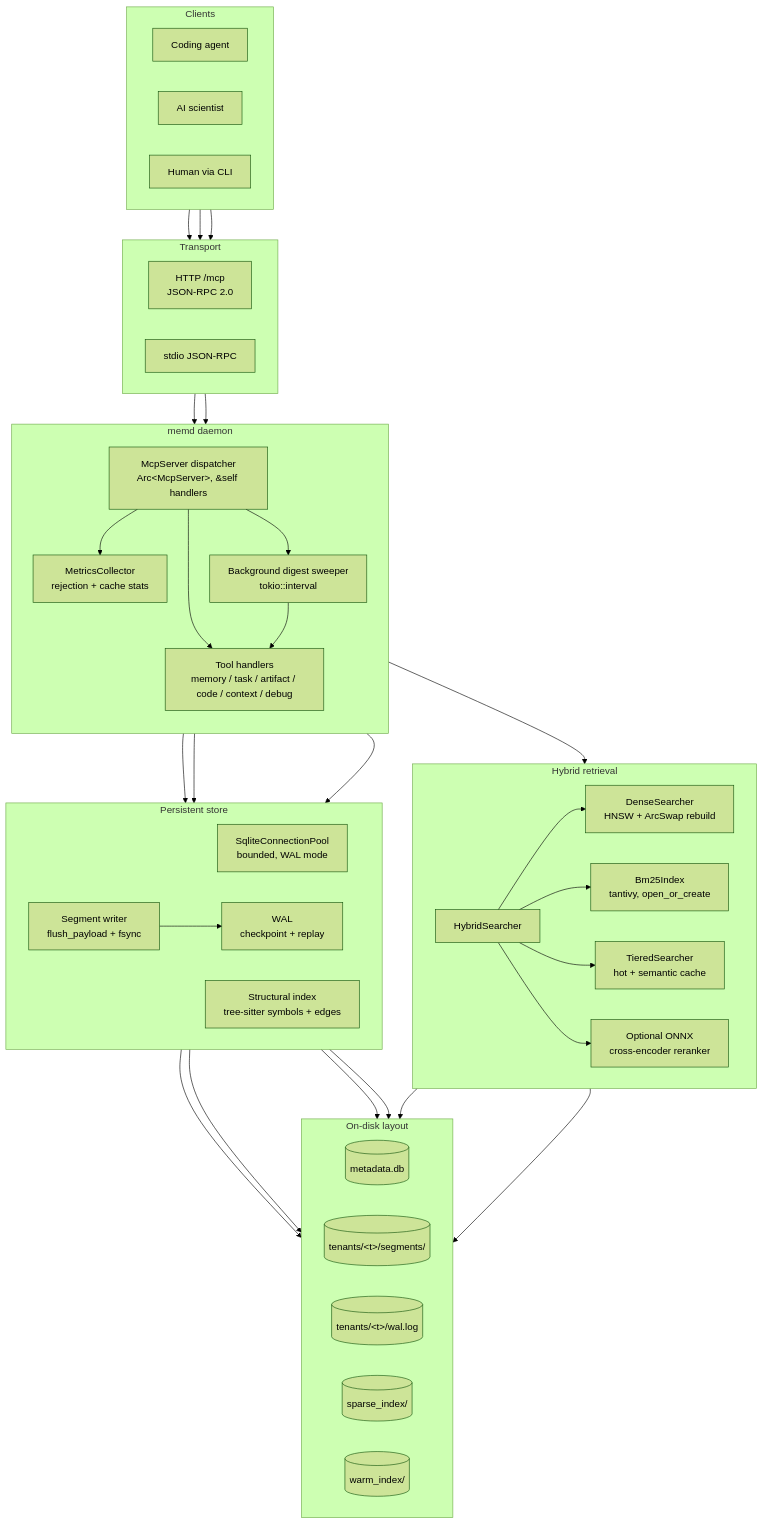
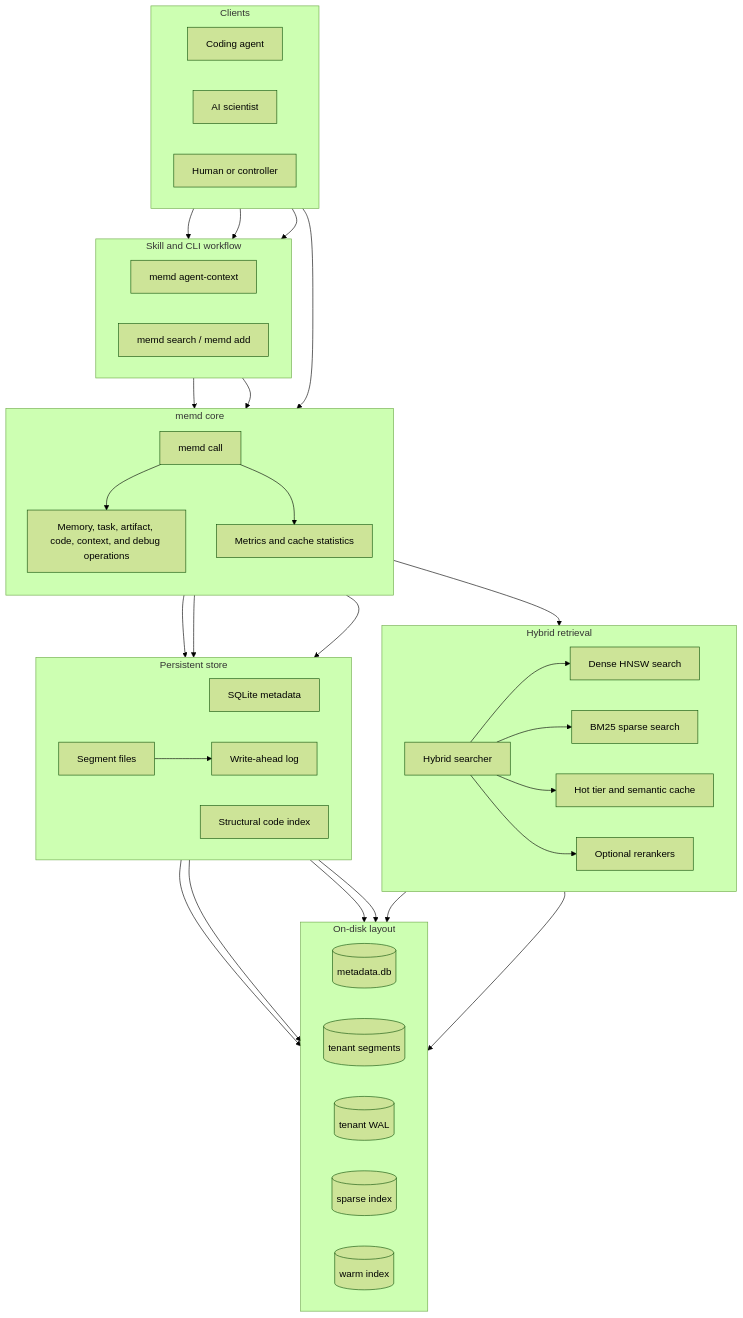
The first of 3 diagrams in README.md (fmschulz/memd), drawn with Mermaid (forest theme) before and after one commit. The commit also changed other lines of this file and 69 other files, not shown here.

Commit message:
feat(memd): ship CLI-first workflow release

````diff
--- a/README.md
+++ b/README.md
@@ -55,74 +56,72 @@
 ```mermaid
 flowchart TB
-  subgraph Clients
+  subgraph clients["Clients"]
     direction LR
-    CA[Coding agent]
-    SA[AI scientist]
-    HU[Human via CLI]
+    ca["Coding agent"]
+    sci["AI scientist"]
+    human["Human or controller"]
   end
 
-  subgraph Transport
+  subgraph cli_flow["Skill and CLI workflow"]
     direction LR
-    HTTP[HTTP /mcp<br/>JSON-RPC 2.0]
-    STDIO[stdio JSON-RPC]
+    agent_context["memd agent-context"]
+    search_add["memd search / memd add"]
   end
 
-  subgraph Server[memd daemon]
+  subgraph core["memd core"]
     direction TB
-    DISP[McpServer dispatcher<br/>Arc&lt;McpServer&gt;, &self handlers]
-    HND[Tool handlers<br/>memory / task / artifact / code / context / debug]
-    MET[MetricsCollector<br/>rejection + cache stats]
-    SWP[Background digest sweeper<br/>tokio::interval]
+    cli_call["memd call"]
+    handlers["Memory, task, artifact, code, context, and debug operations"]
+    metrics["Metrics and cache statistics"]
   end
 
-  subgraph Retrieval[Hybrid retrieval]
+  subgraph retrieval["Hybrid retrieval"]
     direction LR
-    HYB[HybridSearcher]
-    DEN[DenseSearcher<br/>HNSW + ArcSwap rebuild]
-    SPR[Bm25Index<br/>tantivy, open_or_create]
-    TIE[TieredSearcher<br/>hot + semantic cache]
-    XE[Optional ONNX<br/>cross-encoder reranker]
+    hybrid["Hybrid searcher"]
+    dense["Dense HNSW search"]
+    sparse["BM25 sparse search"]
+    tiered["Hot tier and semantic cache"]
+    rerank["Optional rerankers"]
   end
 
-  subgraph Storage[Persistent store]
+  subgraph storage["Persistent store"]
     direction LR
-    POOL[SqliteConnectionPool<br/>bounded, WAL mode]
-    SEG[Segment writer<br/>flush_payload + fsync]
-    WAL[WAL<br/>checkpoint + replay]
-    STRUCT[Structural index<br/>tree-sitter symbols + edges]
+    sqlite["SQLite metadata"]
+    segments["Segment files"]
+    wal["Write-ahead log"]
+    structural["Structural code index"]
   end
 
-  subgraph Disk[On-disk layout]
+  subgraph disk["On-disk layout"]
     direction LR
-    DB[(metadata.db)]
-    SEGS[(tenants/&lt;t&gt;/segments/)]
-    WALF[(tenants/&lt;t&gt;/wal.log)]
-    SPI[(sparse_index/)]
-    WI[(warm_index/)]
+    db[("metadata.db")]
+    segment_files[("tenant segments")]
+    wal_file[("tenant WAL")]
+    sparse_index[("sparse index")]
+    warm_index[("warm index")]
   end
 
-  CA --> HTTP
-  SA --> HTTP
-  HU --> STDIO
-  HTTP --> DISP
-  STDIO --> DISP
-  DISP --> HND
-  DISP --> MET
-  DISP --> SWP
-  HND --> HYB
-  HND --> POOL
-  HND --> STRUCT
-  HYB --> DEN
-  HYB --> SPR
-  HYB --> TIE
-  HYB --> XE
-  DEN --> WI
-  SPR --> SPI
-  POOL --> DB
-  HND --> SEG
-  SEG --> SEGS
-  SEG --> WAL
-  WAL --> WALF
-  STRUCT --> DB
-  SWP --> HND
+  ca --> agent_context
+  sci --> agent_context
+  human --> search_add
+  human --> cli_call
+  agent_context --> handlers
+  search_add --> handlers
+  cli_call --> handlers
+  cli_call --> metrics
+  handlers --> hybrid
+  handlers --> sqlite
+  handlers --> structural
+  hybrid --> dense
+  hybrid --> sparse
+  hybrid --> tiered
+  hybrid --> rerank
+  dense --> warm_index
+  sparse --> sparse_index
+  sqlite --> db
+  handlers --> segments
+  segments --> segment_files
+  segments --> wal
+  wal --> wal_file
+  structural --> db
 ```
````
